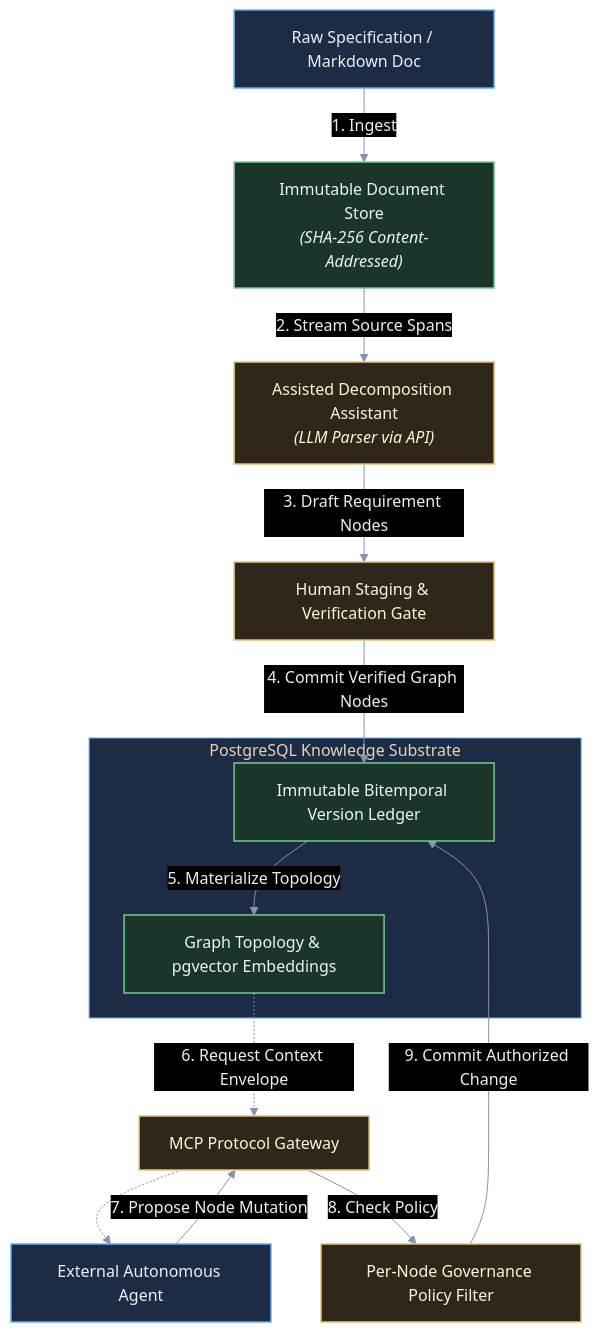
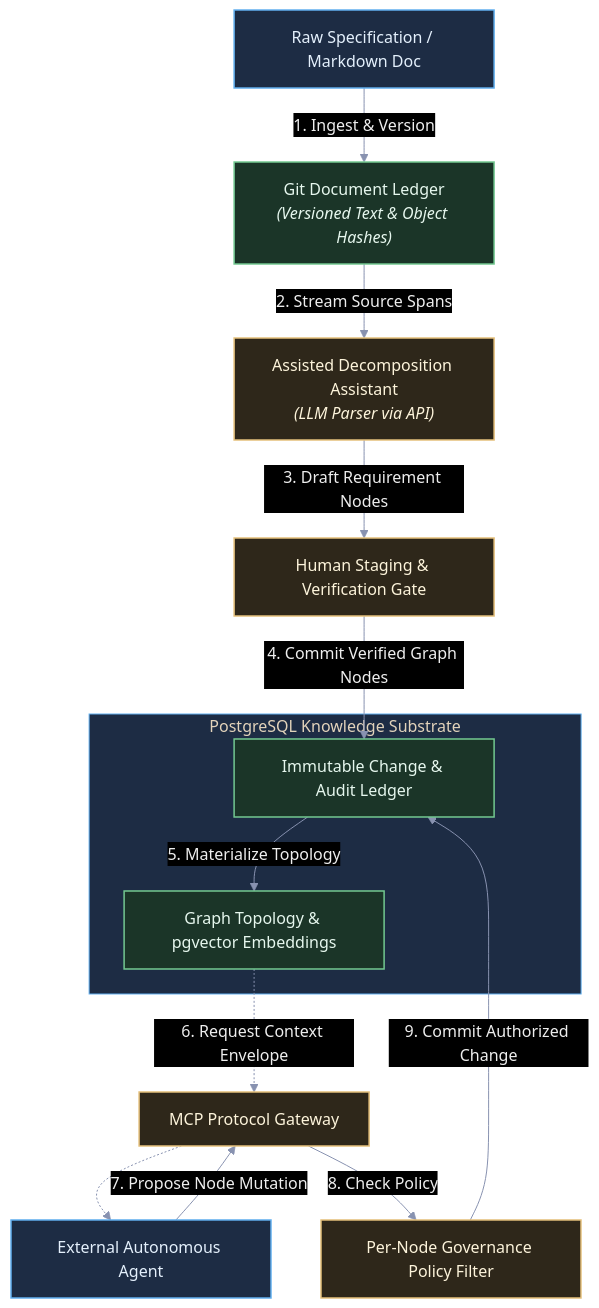
The third of 4 diagrams in docs/vision/vision.md (Shapedsundew9/tks), drawn with Mermaid before and after one commit. The commit also changed other lines of this file and 2 other files, not shown here.

````diff
--- a/docs/vision/vision.md
+++ b/docs/vision/vision.md
@@ -151,54 +157,54 @@
 ```mermaid
 %%{init: {
   'theme': 'base',
   'themeVariables': {
     'darkMode': true,
     'background': '#161922',
     'mainBkg': '#1e2230',
     'nodeBorder': '#434c5e',
     'textColor': '#e2e8f0',
     'fontFamily': 'ui-sans-serif, system-ui, sans-serif',
     'lineColor': '#8892b0',
     'primaryColor': '#422026',
     'primaryBorderColor': '#e06c75',
     'secondaryColor': '#1b3528',
     'secondaryBorderColor': '#73c991',
     'tertiaryColor': '#1d2c44',
     'tertiaryBorderColor': '#61afef',
     'gateColor': '#2e271a',
     'gateBorder': '#e5c07b'
   }
 }}%%
 flowchart TD
     classDef agent fill:#1d2c44,stroke:#61afef,stroke-width:1.5px,color:#e4f0fc;
     classDef gate fill:#2e271a,stroke:#e5c07b,stroke-width:1.5px,color:#fdf4db;
     classDef db fill:#1b3528,stroke:#73c991,stroke-width:1.5px,color:#e6f7ee;
 
     Doc["Raw Specification / Markdown Doc"]:::agent
-    DocStore["Immutable Document Store<br/><i>(SHA-256 Content-Addressed)</i>"]:::db
+    GitLedger["Git Document Ledger<br/><i>(Versioned Text & Object Hashes)</i>"]:::db
     Decomp["Assisted Decomposition Assistant<br/><i>(LLM Parser via API)</i>"]:::gate
     HumanReview["Human Staging & Verification Gate"]:::gate
 
-    Doc -->|"1. Ingest"| DocStore
-    DocStore -->|"2. Stream Source Spans"| Decomp
+    Doc -->|"1. Ingest & Version"| GitLedger
+    GitLedger -->|"2. Stream Source Spans"| Decomp
     Decomp -->|"3. Draft Requirement Nodes"| HumanReview
 
     subgraph Core["PostgreSQL Knowledge Substrate"]
         GraphStore["Graph Topology & pgvector Embeddings"]:::db
-        AuditTrail["Immutable Bitemporal Version Ledger"]:::db
+        AuditTrail["Immutable Change & Audit Ledger"]:::db
     end
 
     HumanReview -->|"4. Commit Verified Graph Nodes"| AuditTrail
     AuditTrail -->|"5. Materialize Topology"| GraphStore
 
     ExtAgent["External Autonomous Agent"]:::agent
     MCPGateway["MCP Protocol Gateway"]:::gate
     GovCheck["Per-Node Governance Policy Filter"]:::gate
 
     GraphStore -.->|"6. Request Context Envelope"| MCPGateway
     MCPGateway -.-> ExtAgent
     ExtAgent -->|"7. Propose Node Mutation"| MCPGateway
     MCPGateway -->|"8. Check Policy"| GovCheck
     GovCheck -->|"9. Commit Authorized Change"| AuditTrail
 
 ```
````
